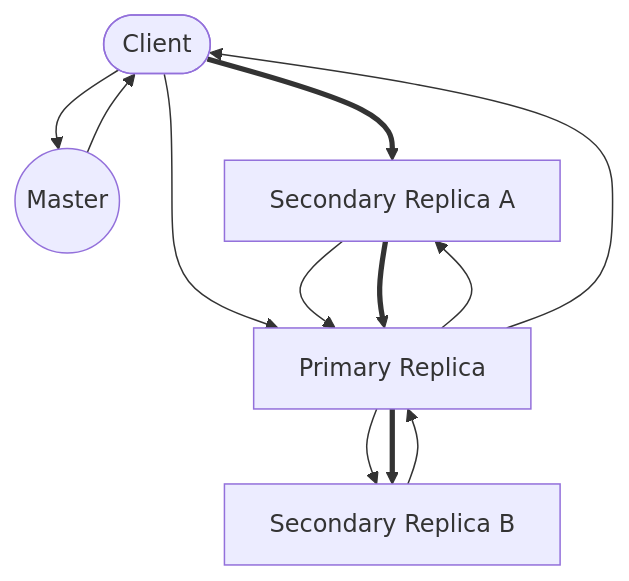
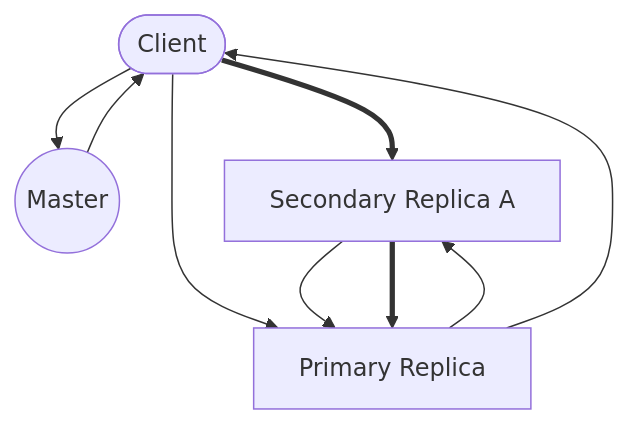
One commit to cs0/cs0.github.io changed the second of 5 diagrams in _posts/2022-07-08-test-mermaid.md. Above: the diagram before and after it, drawn with Mermaid.

````diff
--- a/_posts/2022-07-08-test-mermaid.md
+++ b/_posts/2022-07-08-test-mermaid.md
@@ -19,19 +19,15 @@
 ```mermaid
 graph TB;
     A([Client])
     B((Master))
     C[Secondary Replica A]
     D[Primary Replica]
-    E[Secondary Replica B]
     A --> B;
     B --> A;
     A ==> C;
     A --> D;
     C --> D;
     C ==> D
     D --> C;
-    D --> E;
-    D ==> E;
-    E --> D;
     D --> A;
 ```
````
